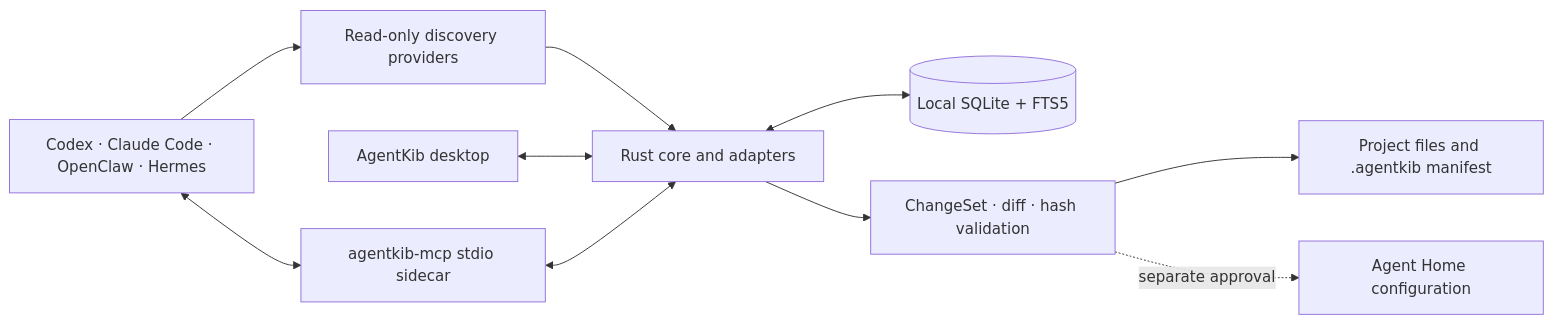
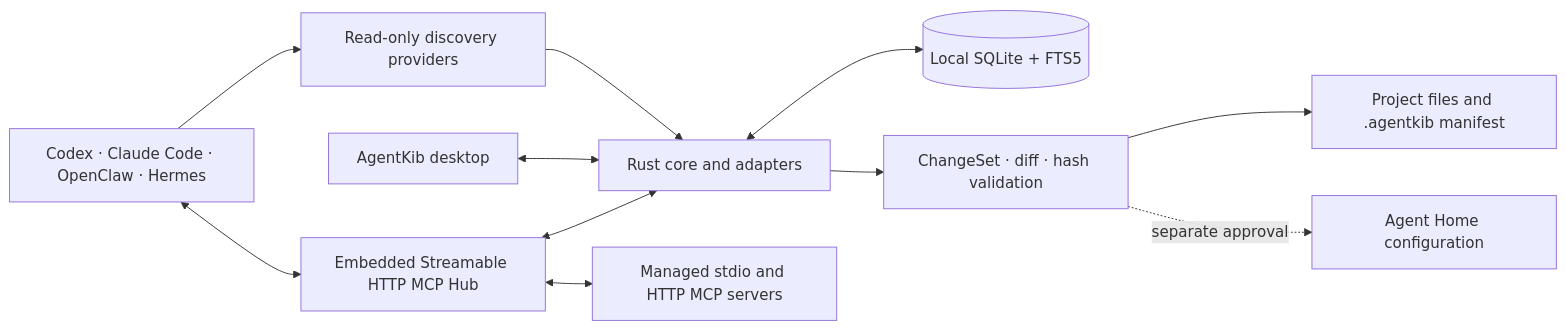
Before and after one commit to AxleMax/agentkib: the diagram in README.md, drawn with Mermaid. The commit also changed other lines of this file and 31 other files, not shown here.

Commit message:
feat(mcp): 建立统一 MCP Hub

````diff
--- a/README.md
+++ b/README.md
@@ -67,19 +67,21 @@
 ```mermaid
 flowchart LR
   Agents["Codex · Claude Code · OpenClaw · Hermes"]
   Discovery["Read-only discovery providers"]
   Desktop["AgentKib desktop"]
   Core["Rust core and adapters"]
   Store[("Local SQLite + FTS5")]
   Changes["ChangeSet · diff · hash validation"]
   Project["Project files and .agentkib manifest"]
   Homes["Agent Home configuration"]
-  MCP["agentkib-mcp stdio sidecar"]
+  MCP["Embedded Streamable HTTP MCP Hub"]
+  Downstream["Managed stdio and HTTP MCP servers"]
 
   Agents --> Discovery --> Core
   Desktop <--> Core
   Core <--> Store
   Core --> Changes --> Project
   Changes -. "separate approval" .-> Homes
   Agents <--> MCP <--> Core
+  MCP <--> Downstream
 ```
````
